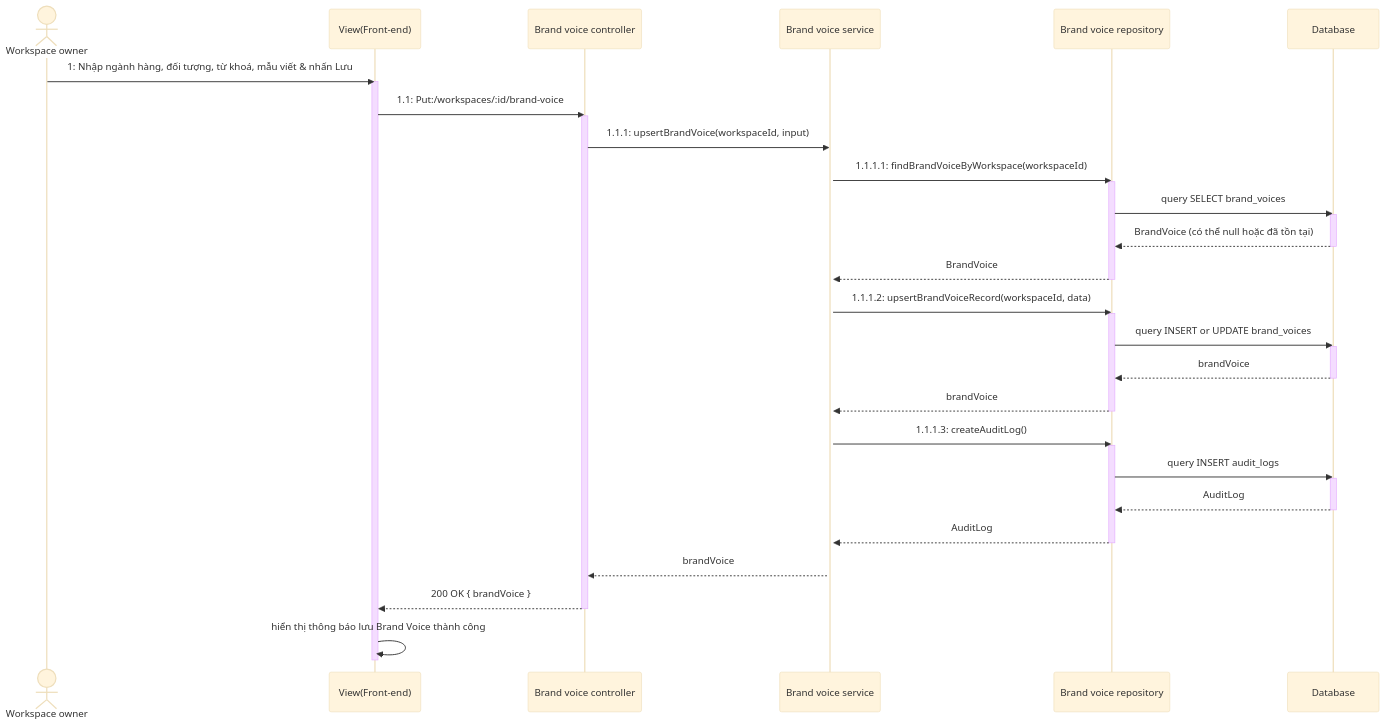
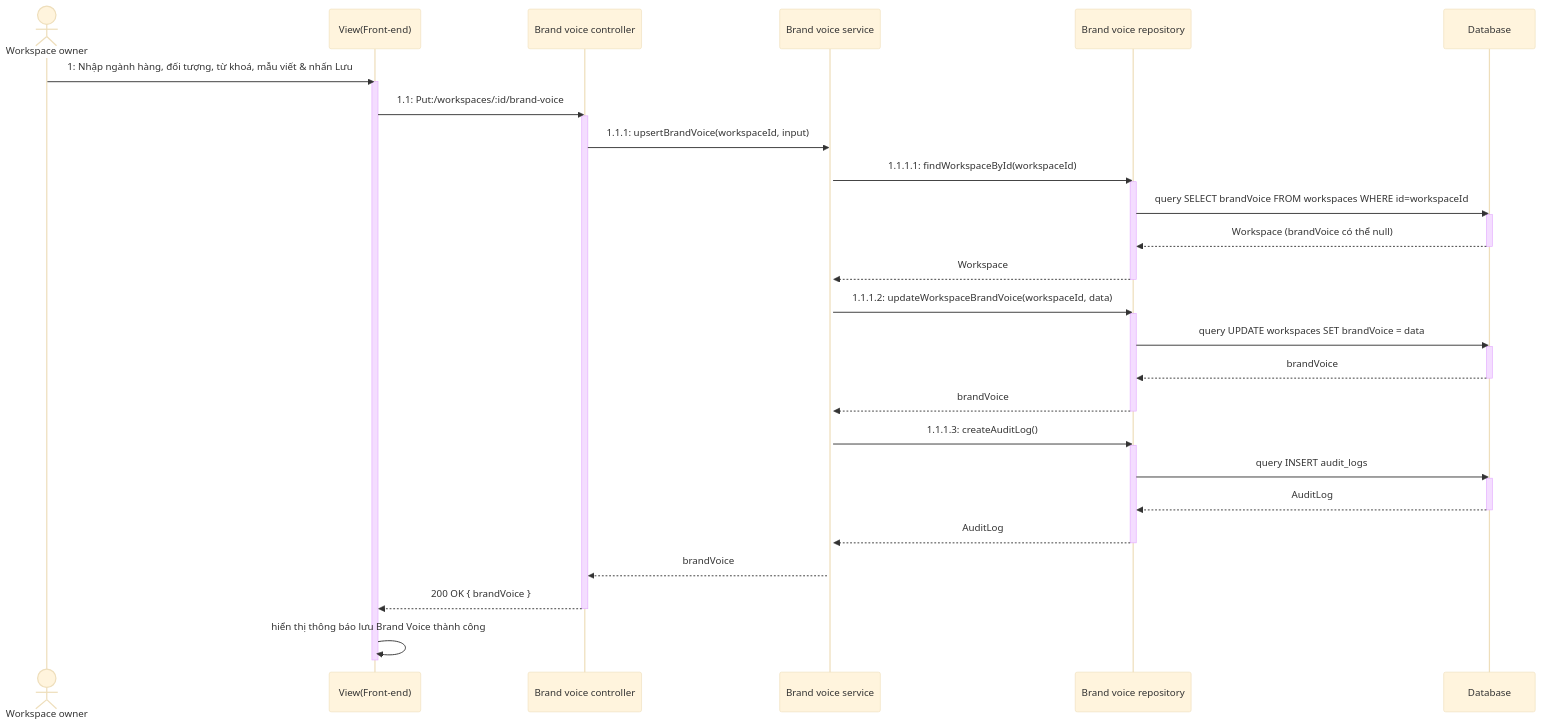
Diagram 33 of 44 in docs/function_layer_mapping.md (Pham-Hong-Ky/marka-capstone), drawn with Mermaid (base theme) before and after one commit. The commit also changed other lines of this file and 47 other files, not shown here.

First line of the commit message:
docs: refresh architecture, API and database specs with UML diagrams

````diff
--- a/docs/function_layer_mapping.md
+++ b/docs/function_layer_mapping.md
@@ -2104,49 +2023,49 @@
 ```mermaid
 sequenceDiagram
     actor Owner as Workspace owner
     participant View as View(Front-end)
     participant Controller as Brand voice controller
     participant Service as Brand voice service
     participant Repository as Brand voice repository
     participant DB as Database
 
     Owner->>View: 1: Nhập ngành hàng, đối tượng, từ khoá, mẫu viết & nhấn Lưu
     activate View
     View->>Controller: 1.1: Put:/workspaces/:id/brand-voice
     activate Controller
     Controller->>Service: 1.1.1: upsertBrandVoice(workspaceId, input)
     activate Service
 
-    Service->>Repository: 1.1.1.1: findBrandVoiceByWorkspace(workspaceId)
+    Service->>Repository: 1.1.1.1: findWorkspaceById(workspaceId)
     activate Repository
-    Repository->>DB: query SELECT brand_voices
+    Repository->>DB: query SELECT brandVoice FROM workspaces WHERE id=workspaceId
     activate DB
-    DB-->>Repository: BrandVoice (có thể null hoặc đã tồn tại)
+    DB-->>Repository: Workspace (brandVoice có thể null)
     deactivate DB
-    Repository-->>Service: BrandVoice
+    Repository-->>Service: Workspace
     deactivate Repository
 
-    Service->>Repository: 1.1.1.2: upsertBrandVoiceRecord(workspaceId, data)
+    Service->>Repository: 1.1.1.2: updateWorkspaceBrandVoice(workspaceId, data)
     activate Repository
-    Repository->>DB: query INSERT or UPDATE brand_voices
+    Repository->>DB: query UPDATE workspaces SET brandVoice = data
     activate DB
     DB-->>Repository: brandVoice
     deactivate DB
     Repository-->>Service: brandVoice
     deactivate Repository
 
     Service->>Repository: 1.1.1.3: createAuditLog()
     activate Repository
     Repository->>DB: query INSERT audit_logs
     activate DB
     DB-->>Repository: AuditLog
     deactivate DB
     Repository-->>Service: AuditLog
     deactivate Repository
 
     Service-->>Controller: brandVoice
     Controller-->>View: 200 OK { brandVoice }
     deactivate Controller
     View->>View: hiển thị thông báo lưu Brand Voice thành công
     deactivate View
 ```
````
